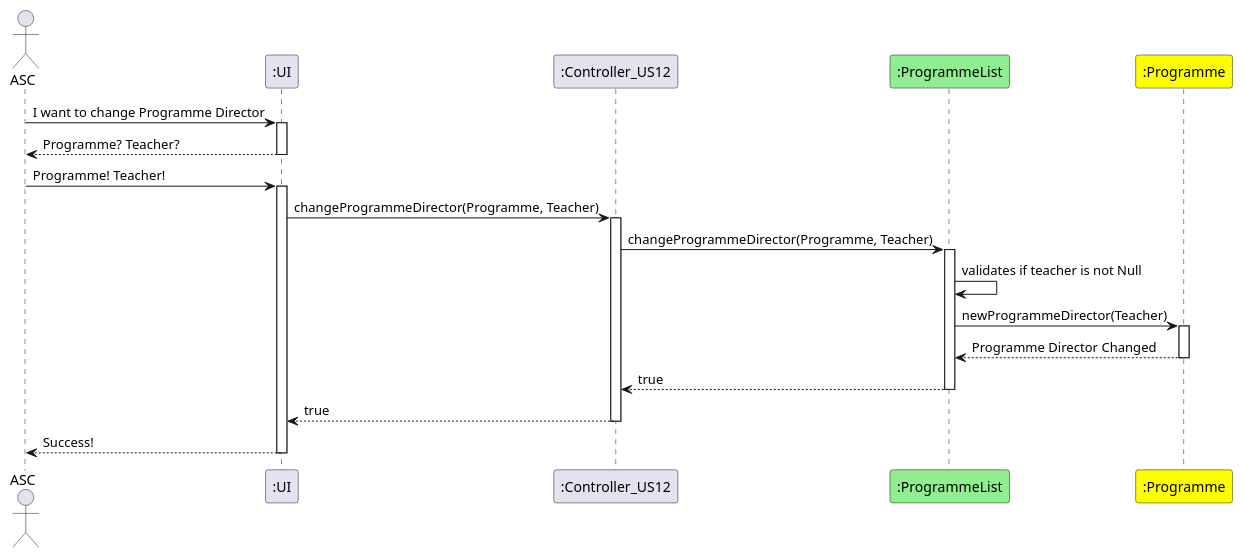
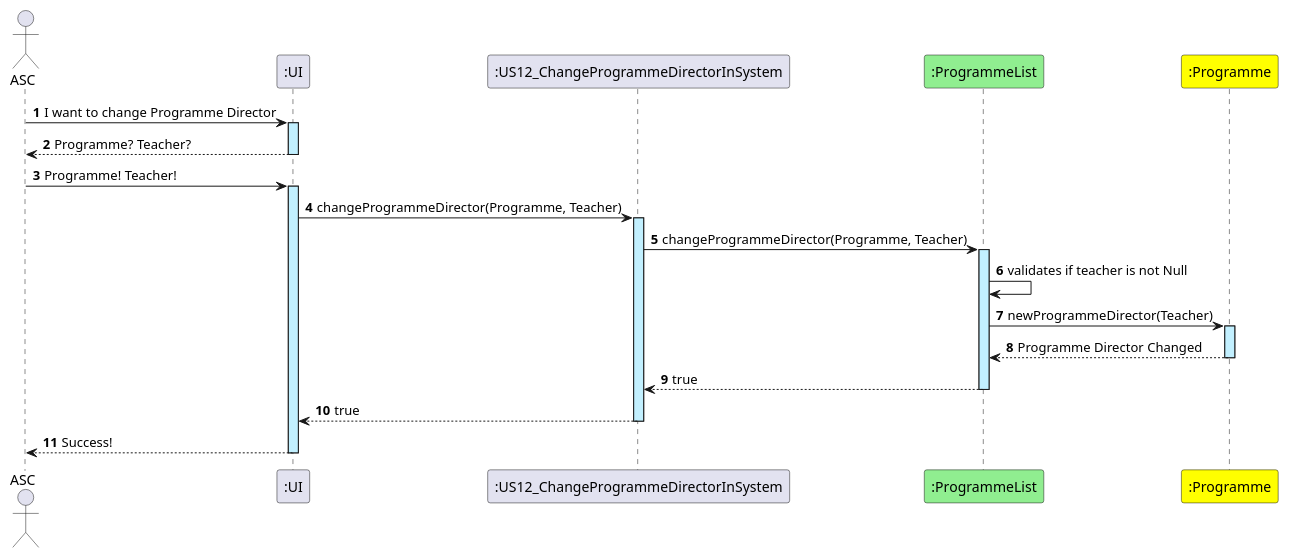
The diagram in docs/US12/US12_ChangeProgrammeDirectorInSystem.puml (GasparISEP/DevOps-PAI), drawn with PlantUML before and after one commit. The commit also changed 2 other files, not shown here.

Commit message:
Updated US12 diagrams, fix #36

```diff
--- a/docs/US12/US12_ChangeProgrammeDirectorInSystem.puml
+++ b/docs/US12/US12_ChangeProgrammeDirectorInSystem.puml
@@ -1,30 +1,38 @@
 @startuml
 actor ASC
 participant ":UI" as UI
-participant ":Controller_US12" as US12
+participant ":US12_ChangeProgrammeDirectorInSystem" as US12
 participant ":ProgrammeList" as PL #lightgreen
 participant ":Programme" as PG #yellow
+autonumber
 
 ASC -> UI : I want to change Programme Director
-activate UI
+activate UI #application
 UI --> ASC : Programme? Teacher?
-Deactivate UI
+deactivate UI
+
 ASC -> UI : Programme! Teacher!
-activate UI
+activate UI #application
 UI -> US12 : changeProgrammeDirector(Programme, Teacher)
-activate US12
+activate US12 #application
+
 US12 -> PL : changeProgrammeDirector(Programme, Teacher)
-activate PL
+activate PL #application
+
+
 PL -> PL : validates if teacher is not Null
 PL -> PG : newProgrammeDirector(Teacher)
-activate PG
+activate PG #application
+
 PG --> PL : Programme Director Changed
 deactivate PG
+
 PL --> US12 : true
 deactivate PL
+
 US12 --> UI : true
 deactivate US12
 
 UI --> ASC : Success!
 deactivate UI
 @enduml
```
